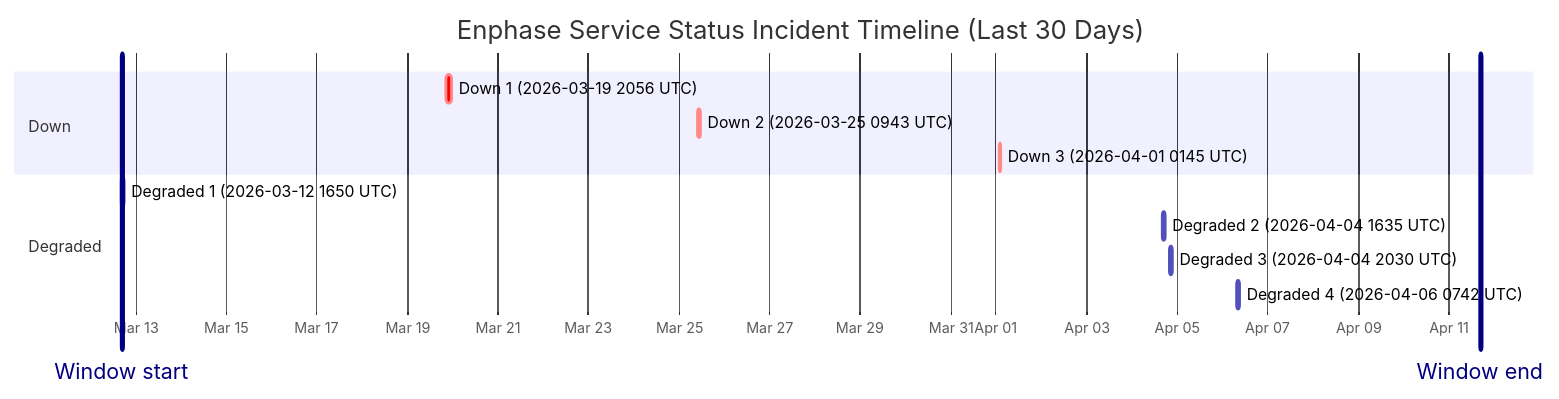
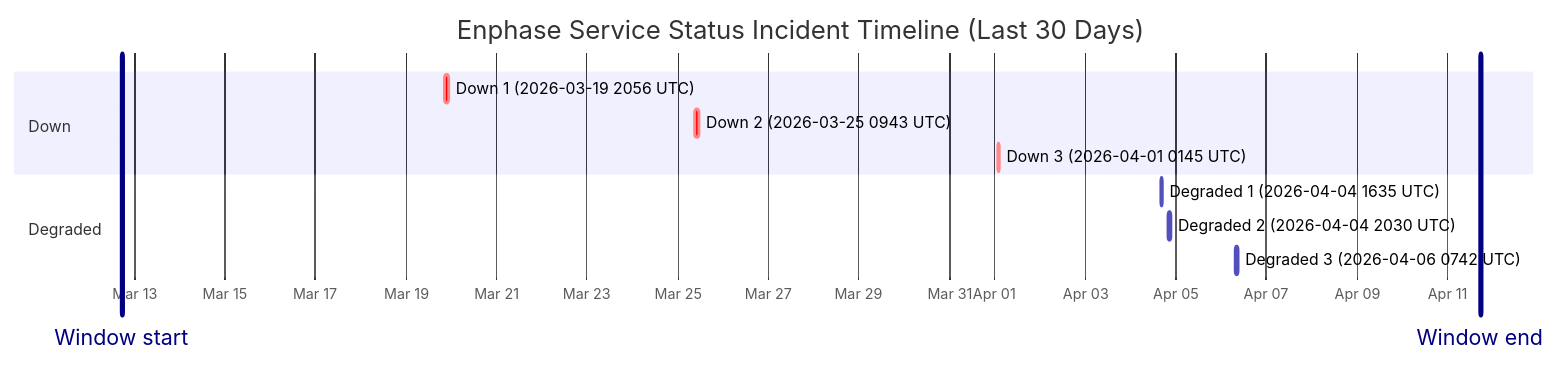
Before and after one commit to barneyonline/ha-enphase-ev-charger: the diagram in wiki/Service-Status-History.md, drawn with Mermaid. The commit also changed other lines of this file and 3 other files, not shown here.

````diff
--- a/wiki/Service-Status-History.md
+++ b/wiki/Service-Status-History.md
@@ -14,17 +14,16 @@
 ```mermaid
 gantt
     title Enphase Service Status Incident Timeline (Last 30 Days)
     dateFormat  YYYY-MM-DDTHH:mm:ss
     axisFormat  %b %d
-    Window start :vert, window-start, 2026-03-12T16:36:54, 0ms
-    Window end :vert, window-end, 2026-04-11T16:36:54, 0ms
+    Window start :vert, window-start, 2026-03-12T17:30:30, 0ms
+    Window end :vert, window-end, 2026-04-11T17:30:30, 0ms
     section Down
     Down 1 (2026-03-19 2056 UTC) :crit, down-1, 2026-03-19T20:56:20, 145m
     Down 2 (2026-03-25 0943 UTC) :crit, down-2, 2026-03-25T09:43:28, 111m
     Down 3 (2026-04-01 0145 UTC) :crit, down-3, 2026-04-01T01:45:09, 60m
     section Degraded
-    Degraded 1 (2026-03-12 1650 UTC) :active, degraded-1, 2026-03-12T16:50:43, 60m
-    Degraded 2 (2026-04-04 1635 UTC) :active, degraded-2, 2026-04-04T16:35:17, 60m
-    Degraded 3 (2026-04-04 2030 UTC) :active, degraded-3, 2026-04-04T20:30:40, 60m
-    Degraded 4 (2026-04-06 0742 UTC) :active, degraded-4, 2026-04-06T07:42:09, 85m
+    Degraded 1 (2026-04-04 1635 UTC) :active, degraded-1, 2026-04-04T16:35:17, 60m
+    Degraded 2 (2026-04-04 2030 UTC) :active, degraded-2, 2026-04-04T20:30:40, 60m
+    Degraded 3 (2026-04-06 0742 UTC) :active, degraded-3, 2026-04-06T07:42:09, 85m
 ```
````
